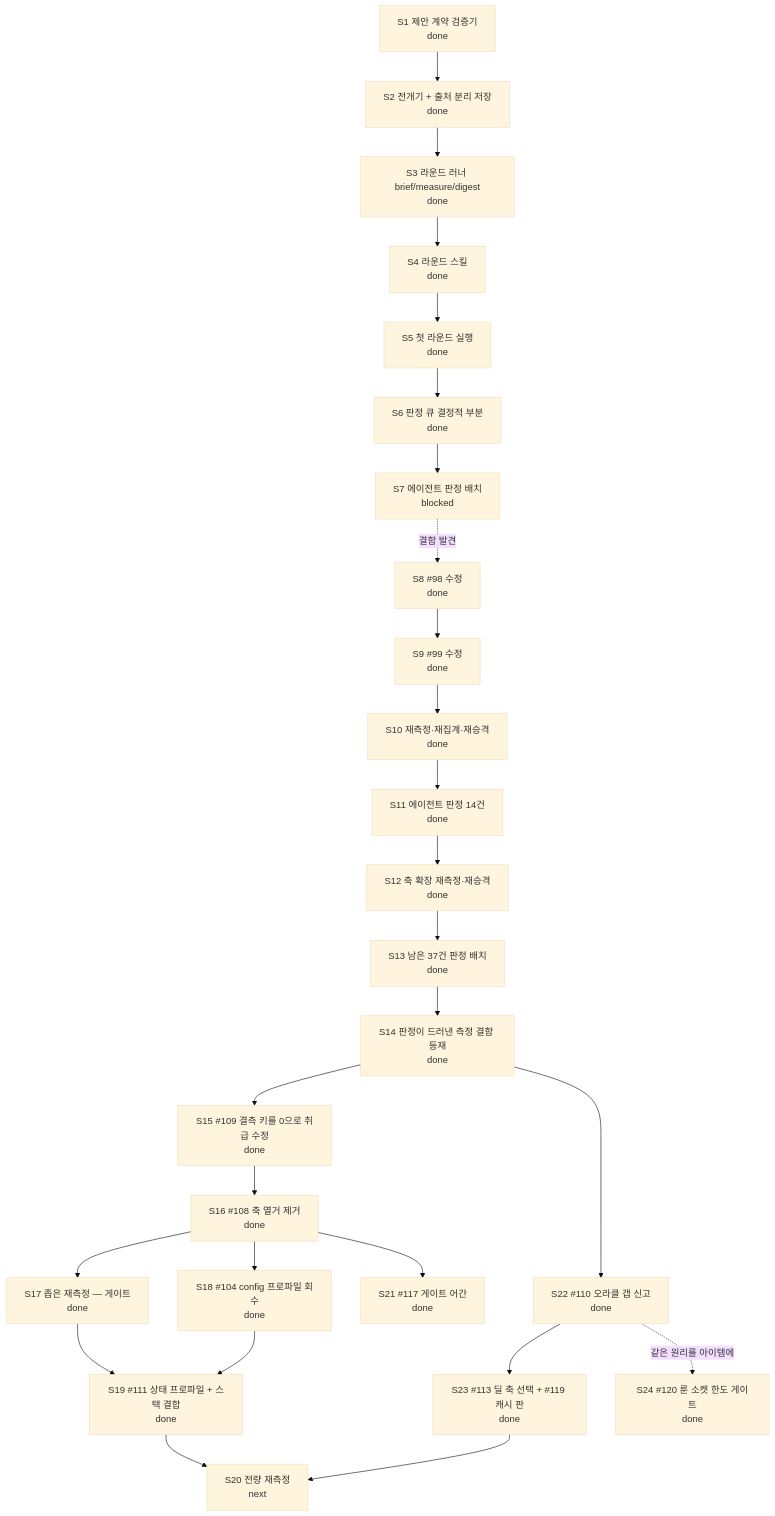
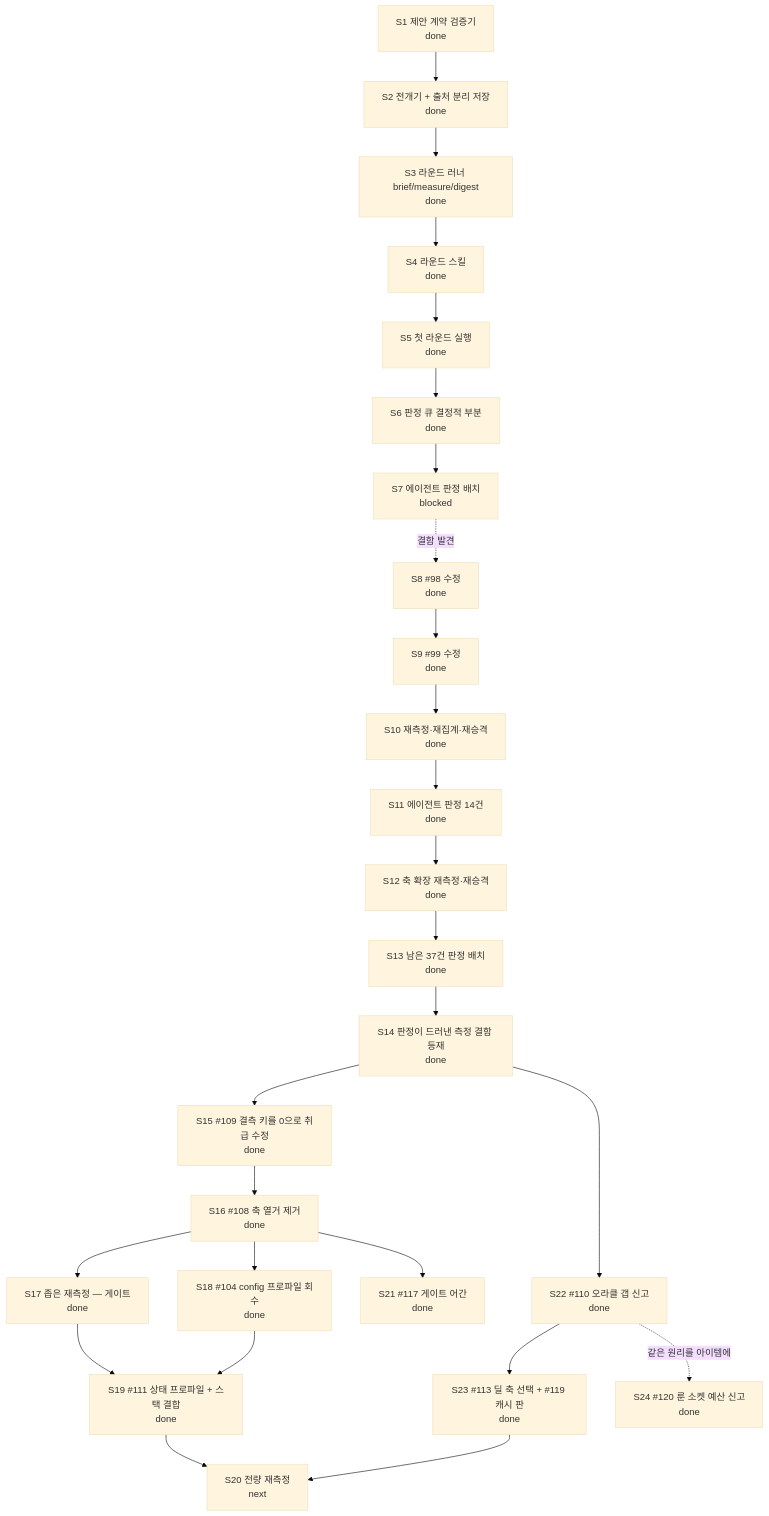
Before and after one commit to skerfolg/poe2-ai-wiki: the diagram in docs/CURRENT-PLAN.md, drawn with Mermaid (base theme). The commit also changed other lines of this file and 12 other files, not shown here.

````diff
--- a/docs/CURRENT-PLAN.md
+++ b/docs/CURRENT-PLAN.md
@@ -23,35 +23,35 @@
 ```mermaid
 flowchart TD
   CONTRACT[S1 제안 계약 검증기<br/>done]
   FLOW[S2 전개기 + 출처 분리 저장<br/>done]
   ROUND[S3 라운드 러너 brief/measure/digest<br/>done]
   SKILL[S4 라운드 스킬<br/>done]
   FIRST[S5 첫 라운드 실행<br/>done]
   NECESS[S6 판정 큐 결정적 부분<br/>done]
   JUDGE[S7 에이전트 판정 배치<br/>blocked]
   FIX[S8 #98 수정<br/>done]
   REMEAS[S9 #99 수정<br/>done]
   REAGG[S10 재측정·재집계·재승격<br/>done]
   RESUME[S11 에이전트 판정 14건<br/>done]
   AXES[S12 축 확장 재측정·재승격<br/>done]
   NEXT2[S13 남은 37건 판정 배치<br/>done]
   DEF[S14 판정이 드러낸 측정 결함 등재<br/>done]
   FIXDELTA[S15 #109 결측 키를 0으로 취급 수정<br/>done]
   WIDEN[S16 #108 축 열거 제거<br/>done]
   NARROW[S17 좁은 재측정 — 게이트<br/>done]
   CFG[S18 #104 config 프로파일 회수<br/>done]
   CPL[S19 #111 상태 프로파일 + 스택 결합<br/>done]
   FULL[S20 전량 재측정<br/>next]
   STEM[S21 #117 게이트 어간<br/>done]
   ORACLE[S22 #110 오라클 갭 신고<br/>done]
   AXIS[S23 #113 딜 축 선택 + #119 캐시 판<br/>done]
-  SOCKET[S24 #120 룬 소켓 한도 게이트<br/>done]
+  SOCKET[S24 #120 룬 소켓 예산 신고<br/>done]
   CONTRACT --> FLOW --> ROUND --> SKILL --> FIRST --> NECESS --> JUDGE
   JUDGE -. 결함 발견 .-> FIX --> REMEAS --> REAGG --> RESUME --> AXES --> NEXT2
   NEXT2 --> DEF --> FIXDELTA --> WIDEN --> NARROW --> CPL --> FULL
   WIDEN --> CFG --> CPL
   WIDEN --> STEM
   DEF --> ORACLE
   ORACLE --> AXIS --> FULL
   ORACLE -. 같은 원리를 아이템에 .-> SOCKET
 ```
````
